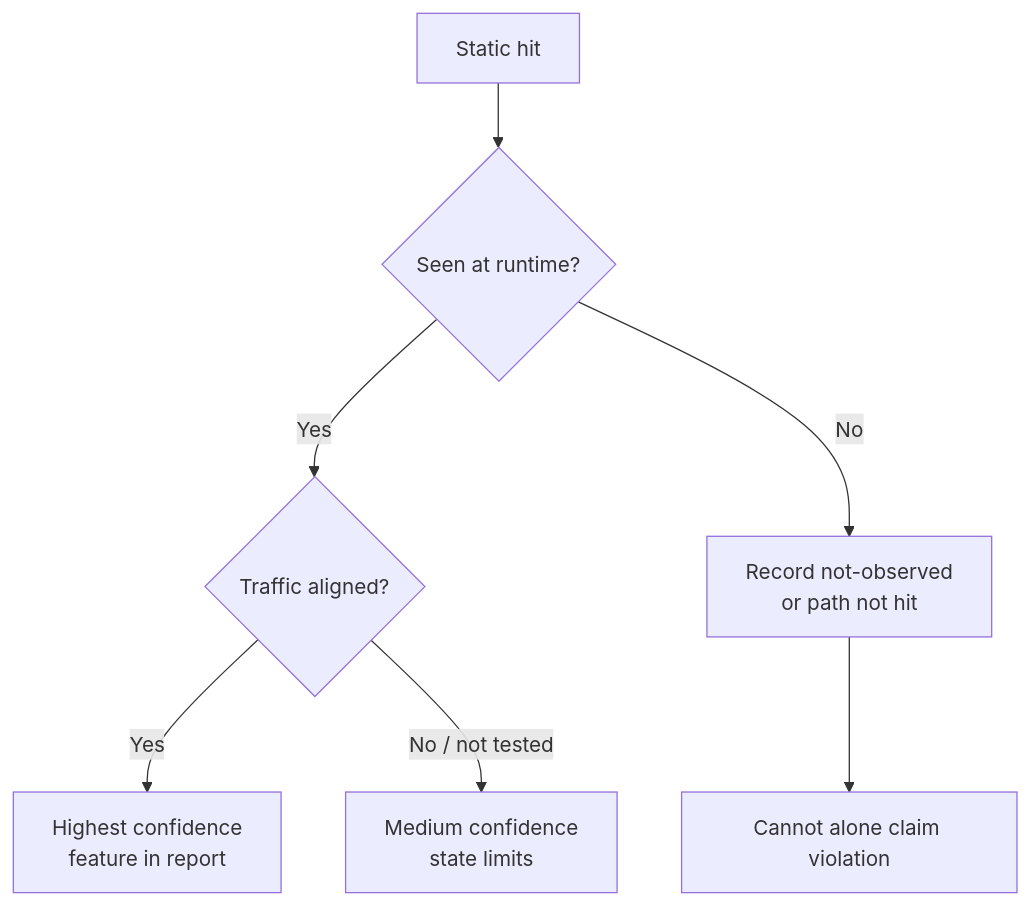
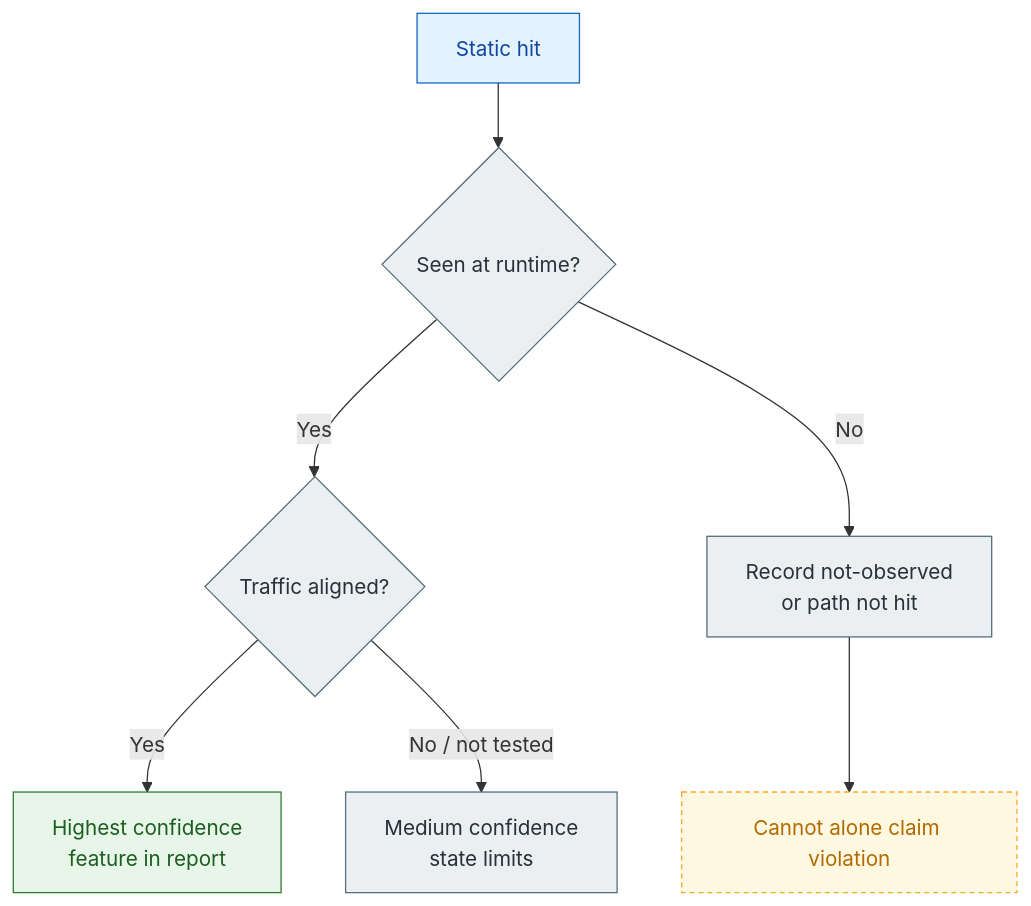
The fifth of 6 diagrams in README.en.md (ConradLu2740/app-privacy-audit), drawn with Mermaid before and after one commit. The commit also changed other lines of this file and 7 other files, not shown here.

First line of the commit message:
Upgrade all diagrams: unified styling, gate markers, data visualization

````diff
--- a/README.en.md
+++ b/README.en.md
@@ -138,9 +200,19 @@
 ```mermaid
 flowchart TD
+  classDef stat fill:#E3F2FD,stroke:#1565C0,color:#0D47A1;
+  classDef ok fill:#E8F5E9,stroke:#2E7D32,color:#1B5E20;
+  classDef mid fill:#ECEFF1,stroke:#546E7A,color:#263238;
+  classDef no fill:#FFF8E1,stroke:#F9A825,color:#B26A00,stroke-dasharray:4 3;
+
   S["Static hit"] --> Q{"Seen at runtime?"}
   Q -->|Yes| T{"Traffic aligned?"}
   Q -->|No| U["Record not-observed<br/>or path not hit"]
   T -->|Yes| V["Highest confidence<br/>feature in report"]
   T -->|No / not tested| W["Medium confidence<br/>state limits"]
   U --> X["Cannot alone claim violation"]
+
+  class S stat;
+  class V ok;
+  class Q,T,U,W mid;
+  class X no;
 ```
````
